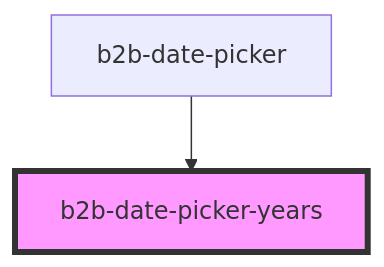
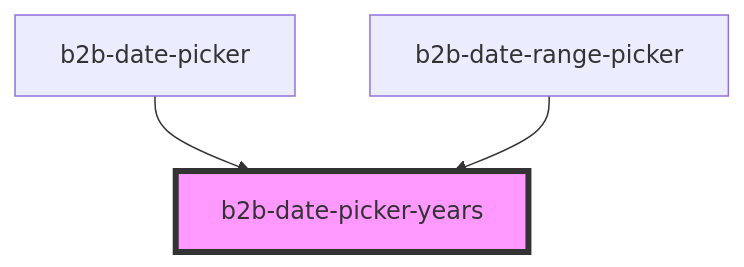
One commit to otto-de/b2b-design-system changed the diagram in packages/core-components/src/components/date-picker/readme.md. Above: the diagram before and after it, drawn with Mermaid. The commit also changed other lines of this file and 26 other files, not shown here.

Commit message:
feat(date-range-picker): add date-range-picker

````diff
--- a/packages/core-components/src/components/date-picker/readme.md
+++ b/packages/core-components/src/components/date-picker/readme.md
@@ -30,5 +31,6 @@
 ```mermaid
 graph TD;
   b2b-date-picker --> b2b-date-picker-years
+  b2b-date-range-picker --> b2b-date-picker-years
   style b2b-date-picker-years fill:#f9f,stroke:#333,stroke-width:4px
 ```
````
